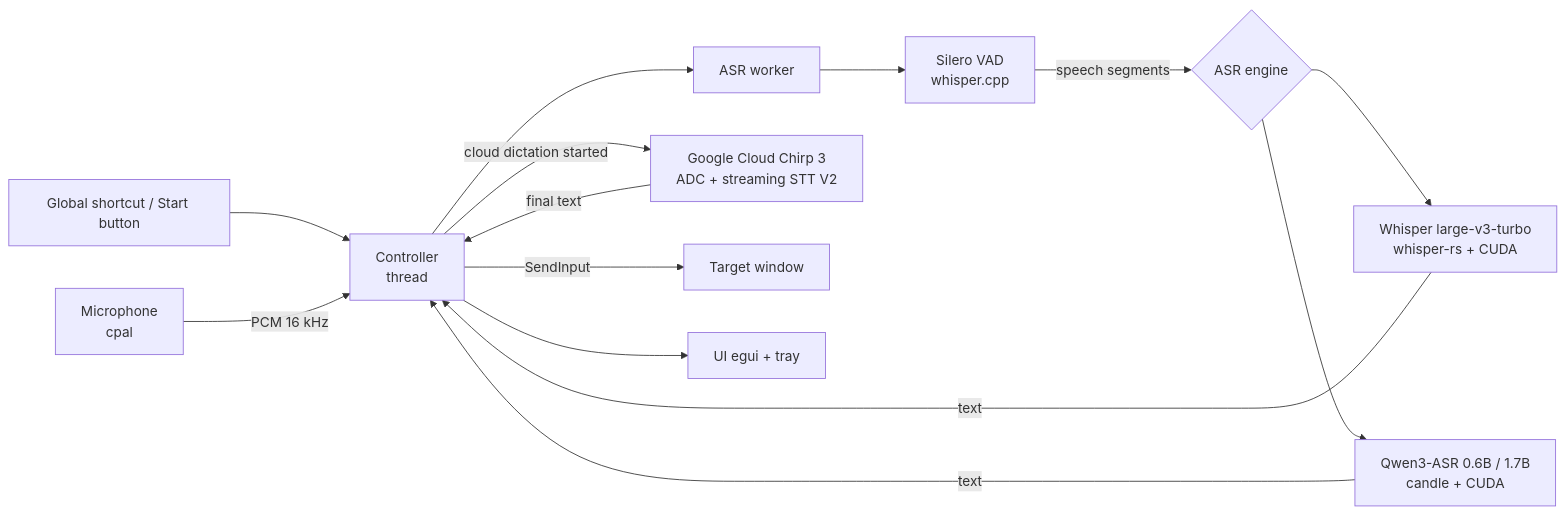
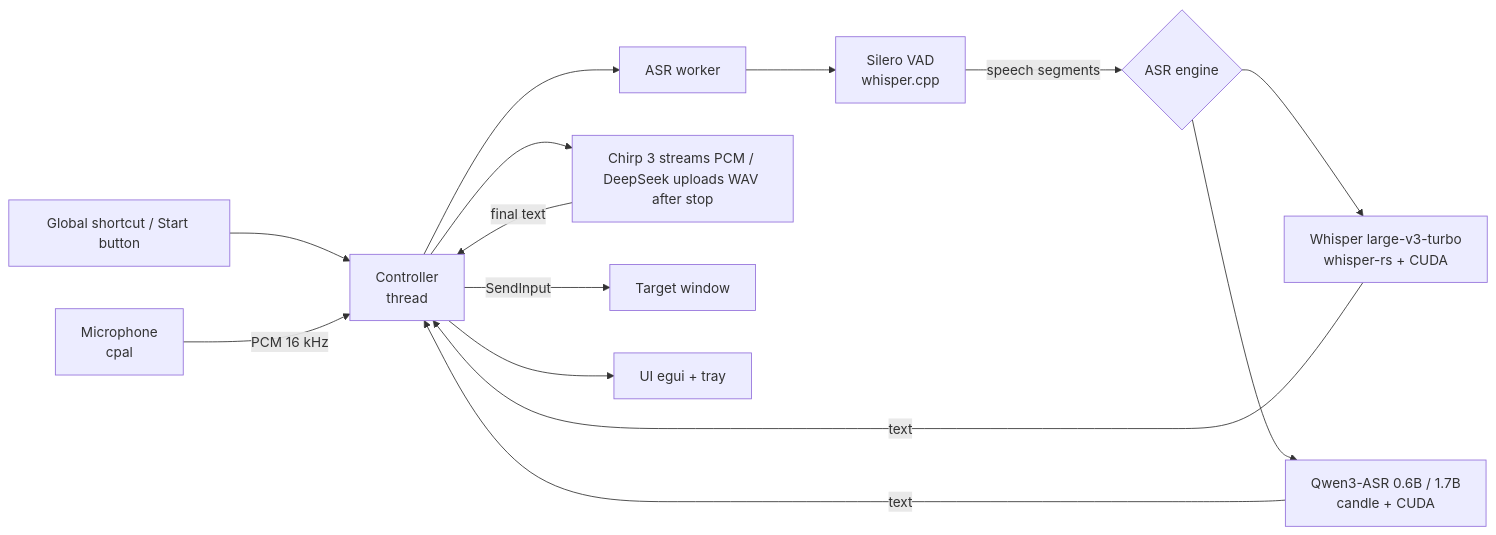
Before and after one commit to fimln/fi-whisper: the diagram in README.md, drawn with Mermaid. The commit also changed other lines of this file and 2 other files, not shown here.

First line of the commit message:
Clarify capture fallback and align cloud documentation

````diff
--- a/README.md
+++ b/README.md
@@ -35,15 +35,15 @@
 ```mermaid
 flowchart LR
     K[Global shortcut / Start button] --> C[Controller<br/>thread]
     M[Microphone<br/>cpal] -->|PCM 16 kHz| C
     C --> W[ASR worker]
-    C -->|cloud dictation started| G[Google Cloud Chirp 3<br/>ADC + streaming STT V2]
+    C --> G[Chirp 3 streams PCM / DeepSeek uploads WAV after stop]
     G -->|final text| C
     W --> V[Silero VAD<br/>whisper.cpp]
     V -->|speech segments| E{ASR engine}
     E --> WH[Whisper large-v3-turbo<br/>whisper-rs + CUDA]
     E --> Q[Qwen3-ASR 0.6B / 1.7B<br/>candle + CUDA]
     WH & Q -->|text| C
     C -->|SendInput| T[Target window]
     C --> UI[UI egui + tray]
 ```
````
